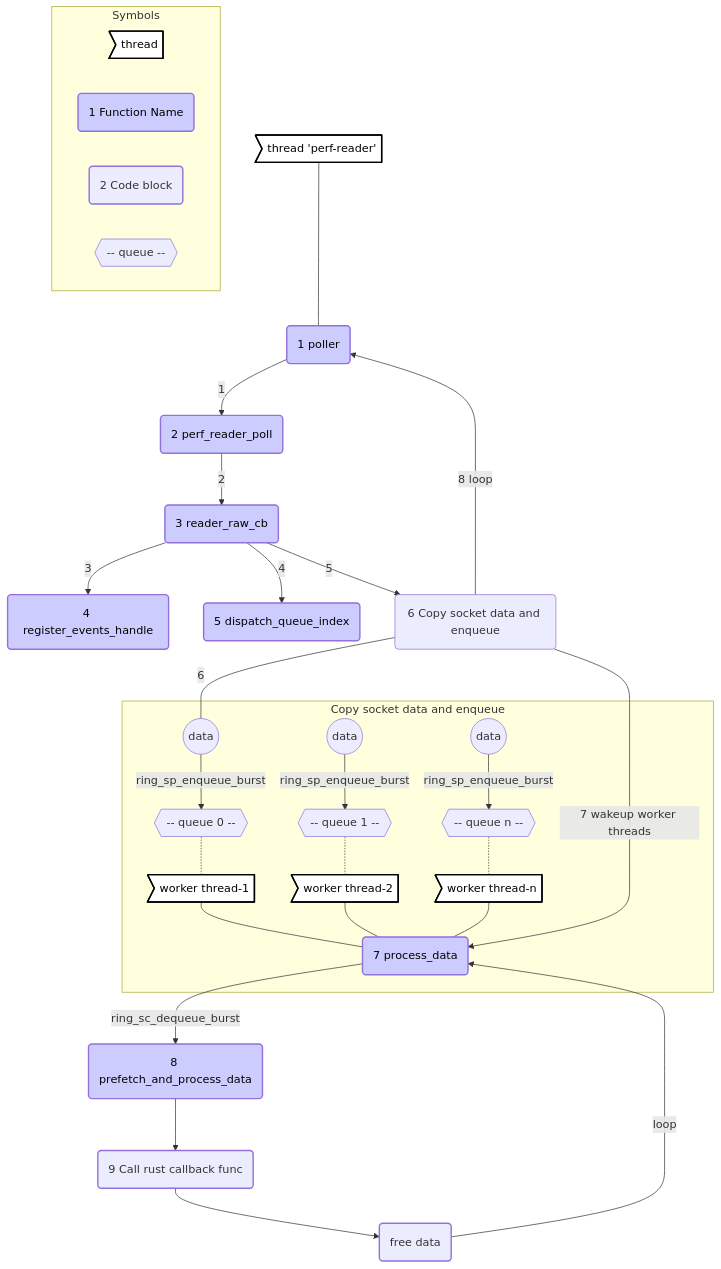
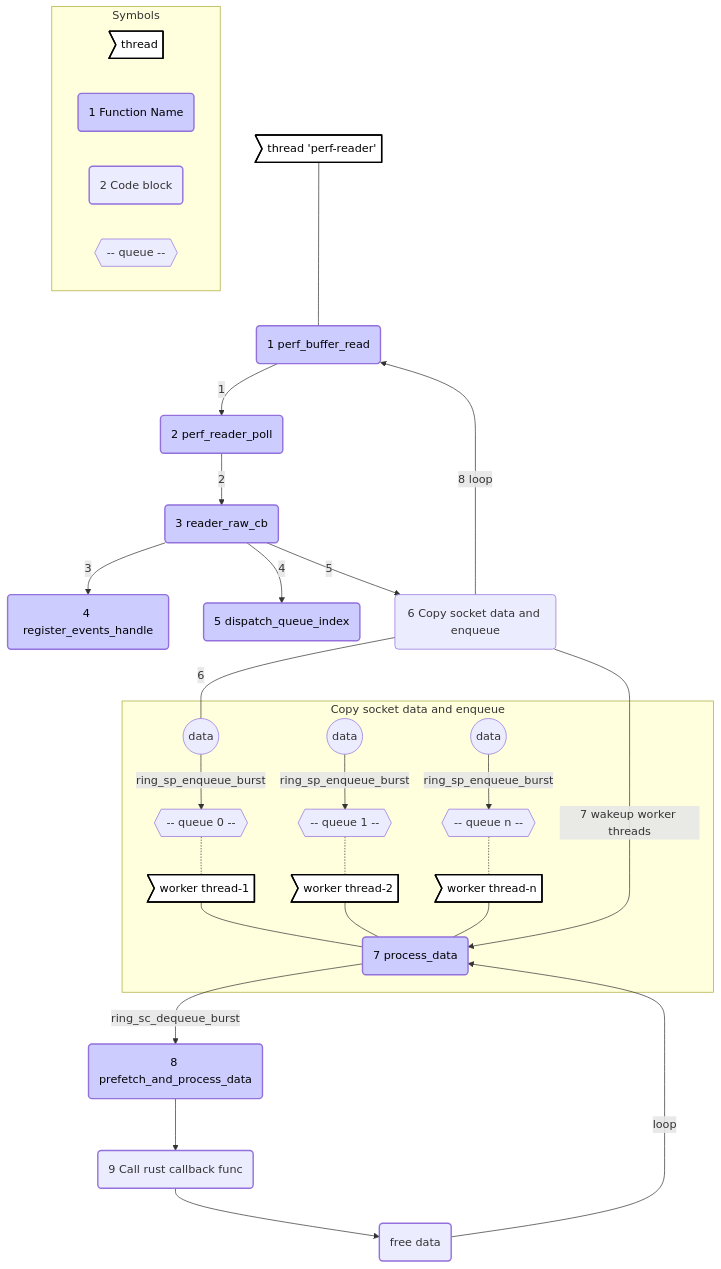
One commit to deepflowio/deepflow changed the third of 7 diagrams in agent/src/ebpf/README.md. Above: the diagram before and after it, drawn with Mermaid. The commit also changed other lines of this file and 6 other files, not shown here.

First line of the commit message:
[eBPF] Support reading data from the perf buffer using multiple threads

````diff
--- a/agent/src/ebpf/README.md
+++ b/agent/src/ebpf/README.md
@@ -242,43 +242,43 @@
 ```mermaid
 graph TD
 subgraph Symbols
     style illustration-thread fill:#fff,color:#000,stroke:#000,stroke-width:2px
     style illustration-func fill:#ccff,color:#000, stroke-width:2px
     style illustration-code-block stroke-width:2px
     illustration-func(1 Function Name)
     illustration-code-block(2 Code block)
     illustration-thread>thread]
     illustration-ring{{ -- queue -- }}
 end
-    style poller fill:#ccff,color:#000, stroke-width:2px
+    style perf_buffer_read fill:#ccff,color:#000, stroke-width:2px
     style start  fill:#fff,color:#000,stroke:#000,stroke-width:2px
     style worker  fill:#fff,color:#000,stroke:#000,stroke-width:2px
     style worker_1  fill:#fff,color:#000,stroke:#000,stroke-width:2px
     style worker_2  fill:#fff,color:#000,stroke:#000,stroke-width:2px
     style perf_reader_poll fill:#ccff,color:#000, stroke-width:2px
     style process_data fill:#ccff,color:#000, stroke-width:2px
     style reader_raw_cb fill:#ccff,color:#000, stroke-width:2px
     style register_events_handle fill:#ccff,color:#000, stroke-width:2px
     style dispatch_queue_index fill:#ccff,color:#000, stroke-width:2px
     style prefetch_and_process_data fill:#ccff,color:#000, stroke-width:2px
     style rust_callback stroke-width:2px
     style free stroke-width:2px
 
-    start>thread 'perf-reader'] --- poller(1 poller)-->|1|perf_reader_poll(2 perf_reader_poll)-->|2|reader_raw_cb(3 reader_raw_cb)
+    start>thread 'perf-reader'] --- perf_buffer_read(1 perf_buffer_read)-->|1|perf_reader_poll(2 perf_reader_poll)-->|2|reader_raw_cb(3 reader_raw_cb)
     reader_raw_cb-->|3|register_events_handle(4 register_events_handle)
     reader_raw_cb-->|4|dispatch_queue_index(5 dispatch_queue_index)
     reader_raw_cb-->|5|copy_data_and_enqueue(6 Copy socket data and enqueue)
     subgraph Copy socket data and enqueue
     id0((data))-->|ring_sp_enqueue_burst|ring0{{ -- queue 0 -- }}-.-worker>worker thread-1] --- process_data(7 process_data)
     id1((data))-->|ring_sp_enqueue_burst|ring1{{ -- queue 1 -- }}-.-worker_1>worker thread-2] --- process_data
     idn((data))-->|ring_sp_enqueue_burst|ring2{{ -- queue n -- }}-.-worker_2>worker thread-n] --- process_data
     end
     copy_data_and_enqueue---|6|id0
     copy_data_and_enqueue-->|7 wakeup worker threads|process_data
     process_data-->|ring_sc_dequeue_burst|prefetch_and_process_data(8 prefetch_and_process_data)
     prefetch_and_process_data-->rust_callback(9 Call rust callback func)
     rust_callback-->free(free data)
 
-    copy_data_and_enqueue-->|8 loop|poller
+    copy_data_and_enqueue-->|8 loop|perf_buffer_read
     free-->|loop|process_data
 ```
````
